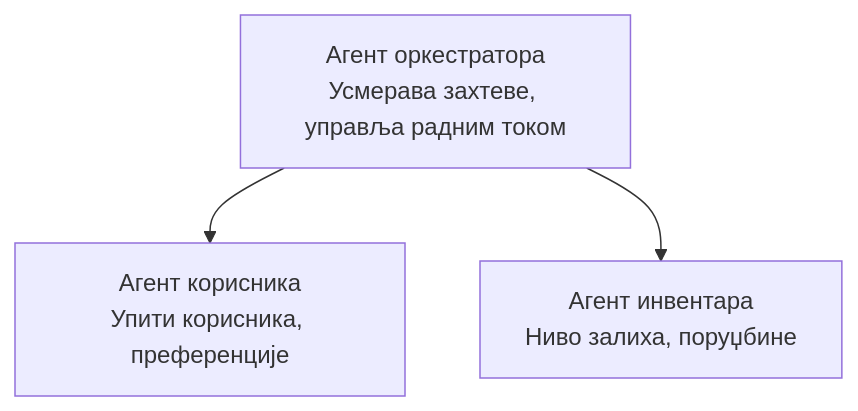
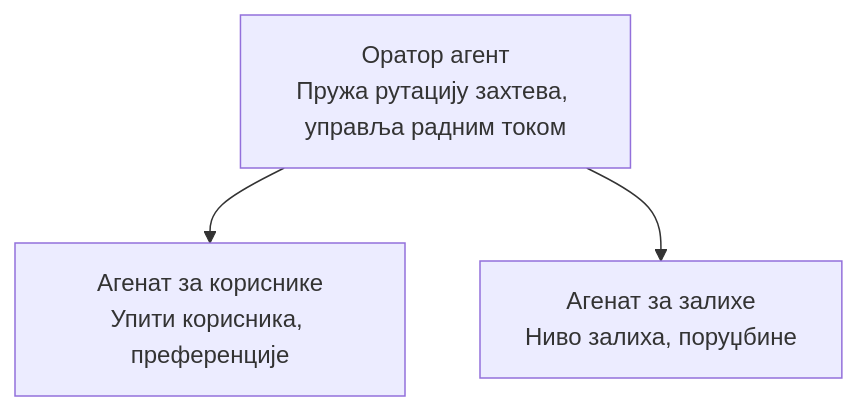
The diagram in translations/sr/docs/chapter-05-multi-agent/README.md (microsoft/AZD-for-beginners), drawn with Mermaid before and after one commit. The commit also changed other lines of this file and 60 other files, not shown here.

````diff
--- a/translations/sr/docs/chapter-05-multi-agent/README.md
+++ b/translations/sr/docs/chapter-05-multi-agent/README.md
@@ -54,5 +54,5 @@
 ```mermaid
 graph TD
-    Orchestrator[Агент оркестратора<br/>Усмерава захтеве, управља радним током] --> Customer[Агент корисника<br/>Упити корисника, преференције]
-    Orchestrator --> Inventory[Агент инвентара<br/>Ниво залиха, поруџбине]
+    Orchestrator[Оратор агент<br/>Пружа рутацију захтева, управља радним током] --> Customer[Агенат за кориснике<br/>Упити корисника, преференције]
+    Orchestrator --> Inventory[Агенат за залихе<br/>Ниво залиха, поруџбине]
 ```
````
